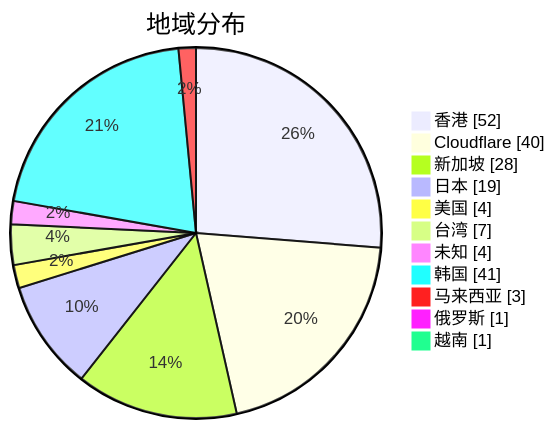
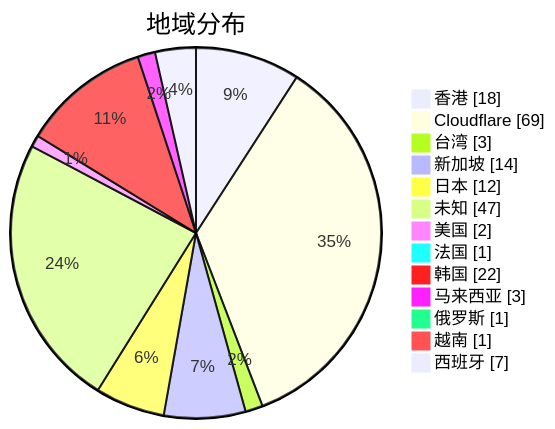
One commit to qjlxg/airport changed the second of 3 diagrams in subs/statistics/tested_within.md. Above: the diagram before and after it, drawn with Mermaid. The commit also changed other lines of this file and 2 other files, not shown here.

````diff
--- a/subs/statistics/tested_within.md
+++ b/subs/statistics/tested_within.md
@@ -13,15 +12,17 @@
 ```mermaid
 pie showData
 title 地域分布
-"香港" : 52
-"Cloudflare" : 40
-"新加坡" : 28
-"日本" : 19
-"美国" : 4
-"台湾" : 7
-"未知" : 4
-"韩国" : 41
+"香港" : 18
+"Cloudflare" : 69
+"台湾" : 3
+"新加坡" : 14
+"日本" : 12
+"未知" : 47
+"美国" : 2
+"法国" : 1
+"韩国" : 22
 "马来西亚" : 3
 "俄罗斯" : 1
 "越南" : 1
+"西班牙" : 7
 ```
````
